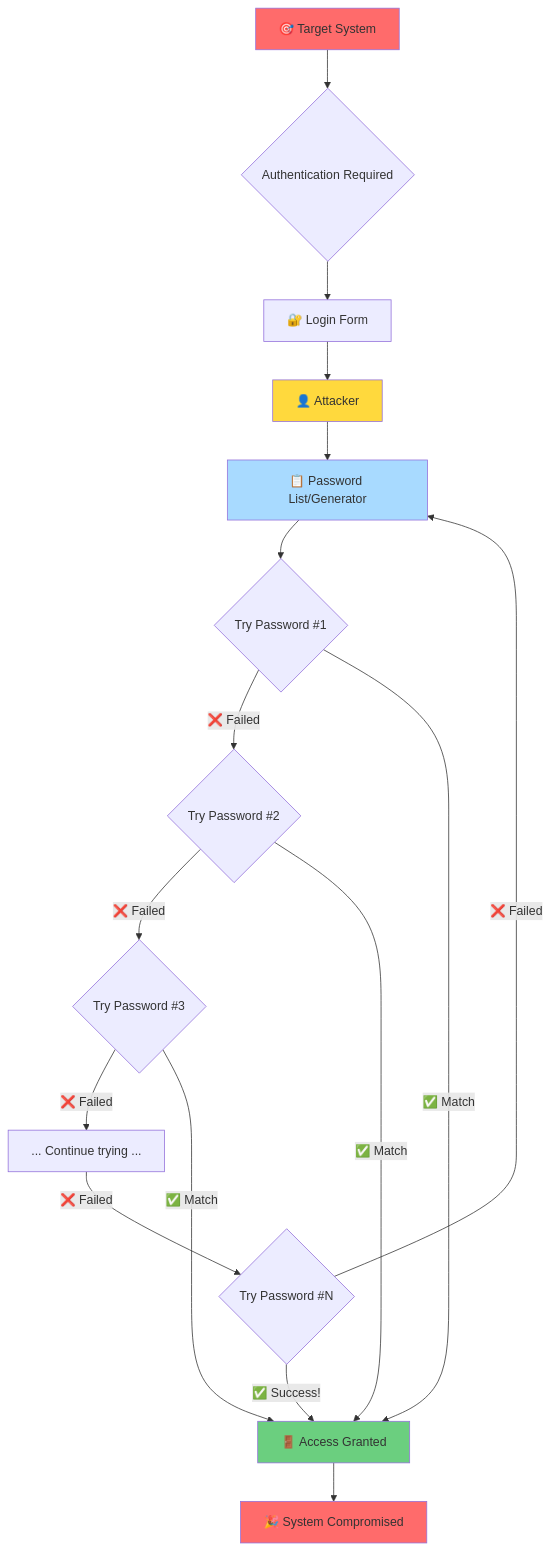
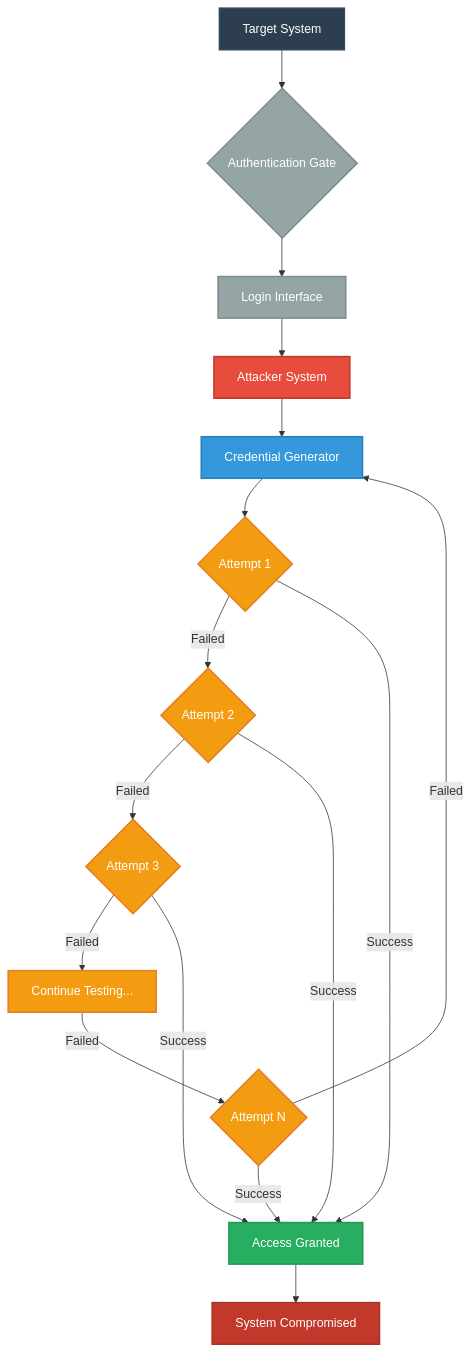
Before and after one commit to Suryanshu-Nabheet/Hack: the first of 5 diagrams in README.md, drawn with Mermaid. The commit also changed other lines of this file, not shown here.

````diff
--- a/README.md
+++ b/README.md
@@ -92,28 +92,35 @@
 ```mermaid
 graph TD
-    A[🎯 Target System] --> B{Authentication Required}
-    B --> C[🔐 Login Form]
+    A[Target System] --> B{Authentication Gate}
+    B --> C[Login Interface]
     
-    C --> D[👤 Attacker]
-    D --> E[📋 Password List/Generator]
+    C --> D[Attacker System]
+    D --> E[Credential Generator]
     
-    E --> F{Try Password #1}
-    F -->|❌ Failed| G{Try Password #2}
-    G -->|❌ Failed| H{Try Password #3}
-    H -->|❌ Failed| I[... Continue trying ...]
-    I -->|❌ Failed| J{Try Password #N}
-    J -->|✅ Success!| K[🚪 Access Granted]
-    J -->|❌ Failed| E
+    E --> F{Attempt 1}
+    F -->|Failed| G{Attempt 2}
+    G -->|Failed| H{Attempt 3}
+    H -->|Failed| I[Continue Testing...]
+    I -->|Failed| J{Attempt N}
+    J -->|Success| K[Access Granted]
+    J -->|Failed| E
     
-    F -->|✅ Match| K
-    G -->|✅ Match| K
-    H -->|✅ Match| K
+    F -->|Success| K
+    G -->|Success| K
+    H -->|Success| K
     
-    K --> L[🎉 System Compromised]
+    K --> L[System Compromised]
     
-    style A fill:#ff6b6b
-    style D fill:#ffd93d
-    style K fill:#6bcf7f
-    style L fill:#ff6b6b
-    style E fill:#a8daff
+    style A fill:#2c3e50,stroke:#34495e,stroke-width:2px,color:#fff
+    style D fill:#e74c3c,stroke:#c0392b,stroke-width:2px,color:#fff
+    style K fill:#27ae60,stroke:#229954,stroke-width:2px,color:#fff
+    style L fill:#c0392b,stroke:#a93226,stroke-width:2px,color:#fff
+    style E fill:#3498db,stroke:#2980b9,stroke-width:2px,color:#fff
+    style B fill:#95a5a6,stroke:#7f8c8d,stroke-width:2px,color:#fff
+    style C fill:#95a5a6,stroke:#7f8c8d,stroke-width:2px,color:#fff
+    style F fill:#f39c12,stroke:#e67e22,stroke-width:2px,color:#fff
+    style G fill:#f39c12,stroke:#e67e22,stroke-width:2px,color:#fff
+    style H fill:#f39c12,stroke:#e67e22,stroke-width:2px,color:#fff
+    style I fill:#f39c12,stroke:#e67e22,stroke-width:2px,color:#fff
+    style J fill:#f39c12,stroke:#e67e22,stroke-width:2px,color:#fff
 ```
````
